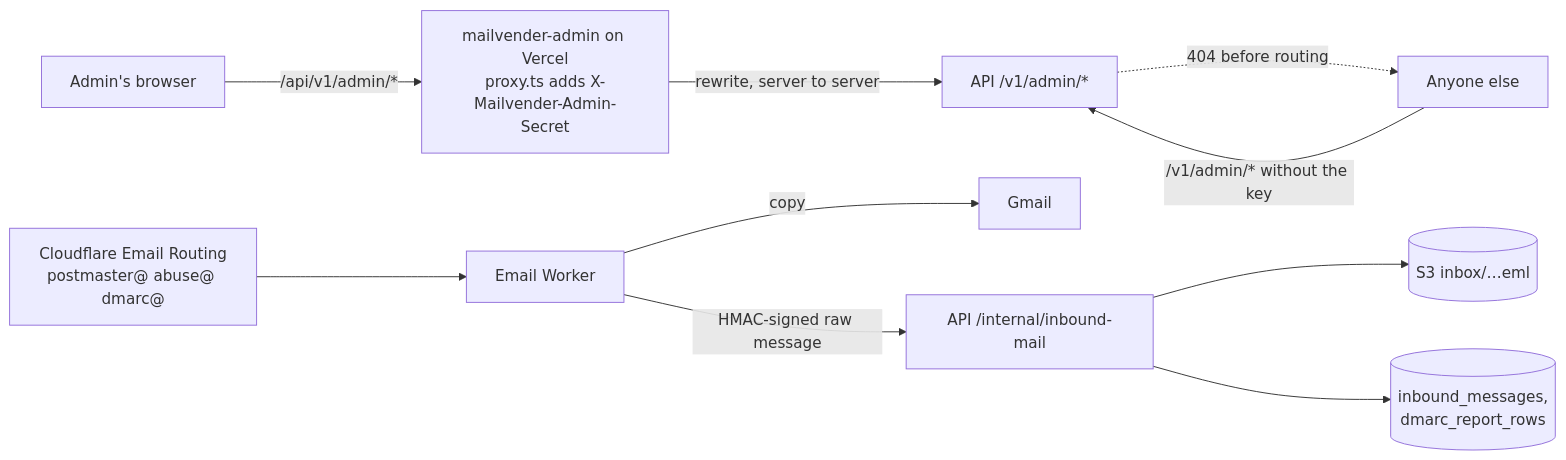
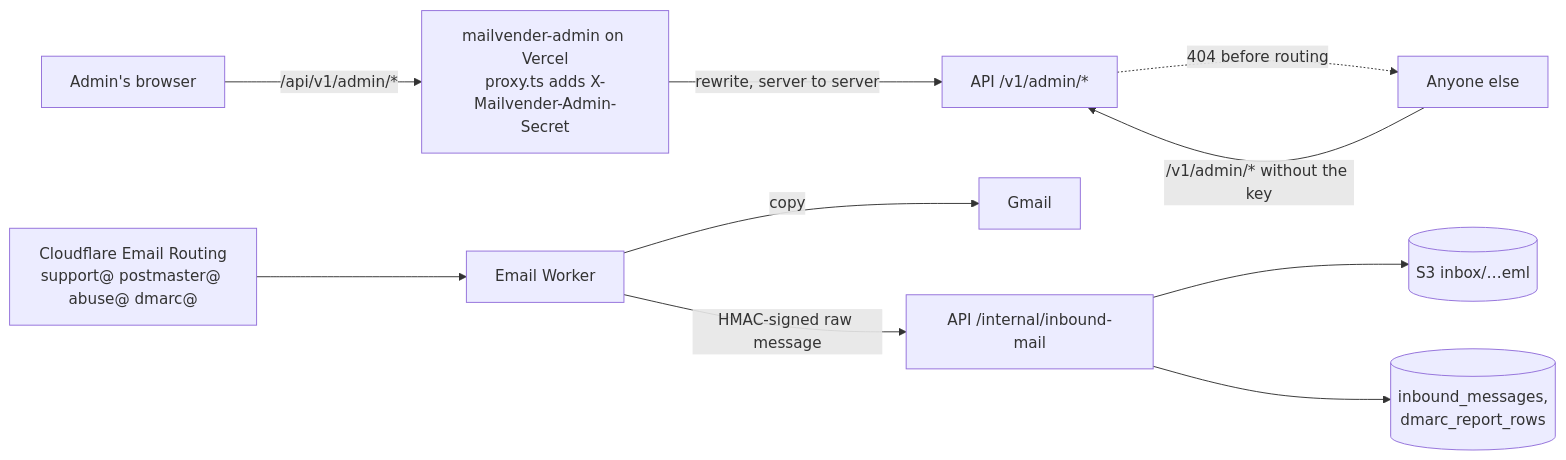
Before and after one commit to AbimbolaOO/mailvender-backend: diagram 15 of 16 in docs/ARCHITECTURE.md, drawn with Mermaid. The commit also changed other lines of this file and 48 other files, not shown here.

````diff
--- a/docs/ARCHITECTURE.md
+++ b/docs/ARCHITECTURE.md
@@ -812,12 +866,12 @@
 ```mermaid
 flowchart LR
     B[Admin's browser] -->|/api/v1/admin/*| V[mailvender-admin on Vercel<br/>proxy.ts adds X-Mailvender-Admin-Secret]
     V -->|rewrite, server to server| A[API /v1/admin/*]
     X[Anyone else] -->|/v1/admin/* without the key| A
     A -.->|404 before routing| X
-    CF[Cloudflare Email Routing<br/>postmaster@ abuse@ dmarc@] --> W[Email Worker]
+    CF[Cloudflare Email Routing<br/>support@ postmaster@ abuse@ dmarc@] --> W[Email Worker]
     W -->|copy| G[Gmail]
     W -->|HMAC-signed raw message| I[API /internal/inbound-mail]
     I --> S3[(S3 inbox/…eml)]
     I --> DB[(inbound_messages,<br/>dmarc_report_rows)]
 ```
````
